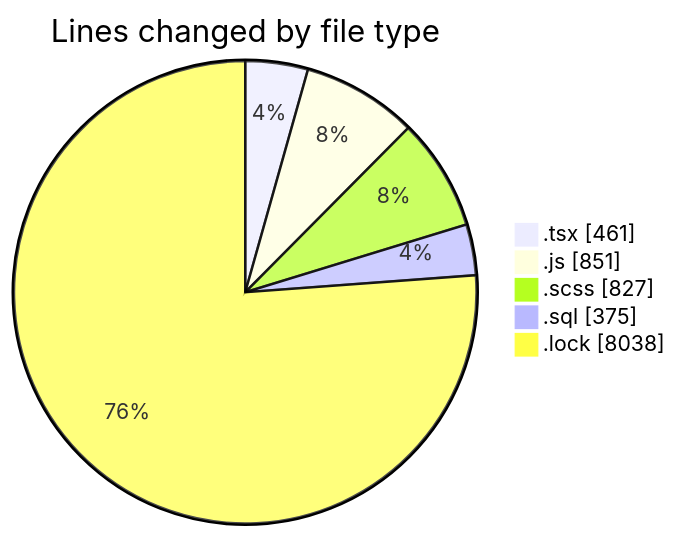
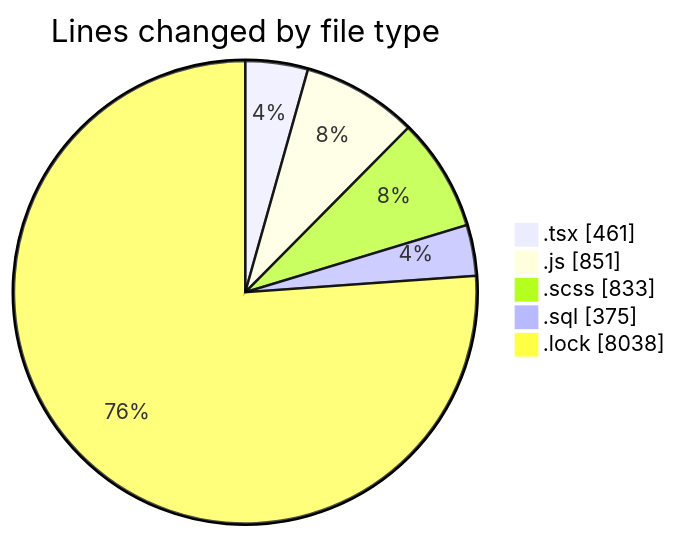
Before and after one commit to momahboobian/code-tracking: the first of 2 diagrams in 2025-03-18/cda/README.md, drawn with Mermaid. The commit also changed other lines of this file and 1 other file, not shown here.

````diff
--- a/2025-03-18/cda/README.md
+++ b/2025-03-18/cda/README.md
@@ -30,9 +30,9 @@
 ```mermaid
 pie showData
 title Lines changed by file type
 ".tsx" : 461
 ".js" : 851
-".scss" : 827
+".scss" : 833
 ".sql" : 375
 ".lock" : 8038
 ```
````
